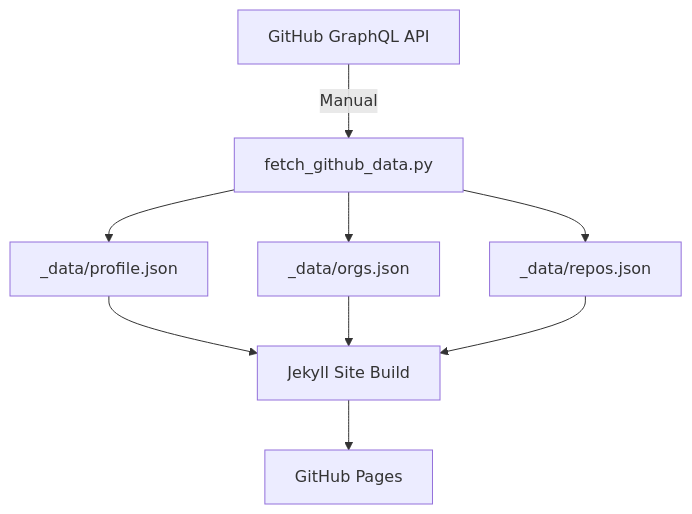
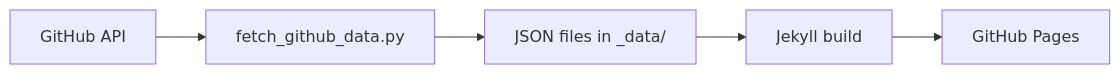
The diagram in README.md (viktorpm/viktorpm.github.io), drawn with Mermaid before and after one commit. The commit also changed other lines of this file, not shown here.

````diff
--- a/README.md
+++ b/README.md
@@ -26,11 +9,7 @@
 ```mermaid
-graph TD
-    A[GitHub GraphQL API] -->|Manual| B[fetch_github_data.py]
-    B --> C[_data/profile.json]
-    B --> D[_data/orgs.json]
-    B --> E[_data/repos.json]
-    C --> F[Jekyll Site Build]
-    D --> F
-    E --> F
-    F --> G[GitHub Pages]
+graph LR
+    A[GitHub API] --> B[fetch_github_data.py]
+    B --> C[JSON files in _data/]
+    C --> D[Jekyll build]
+    D --> E[GitHub Pages]
 ```
````
